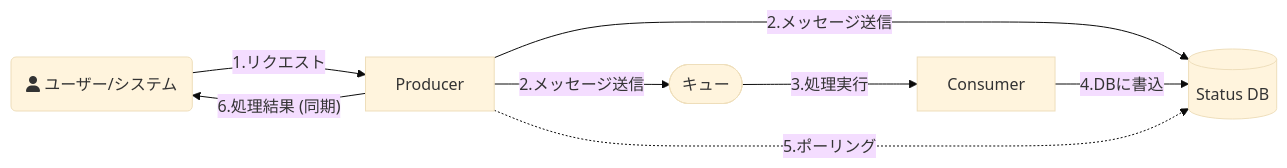
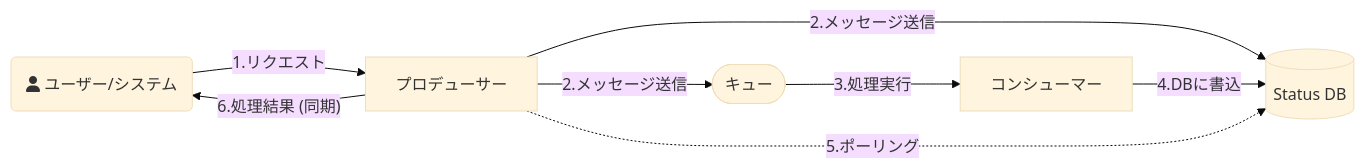
Before and after one commit to future-architect/arch-guidelines: the tenth of 13 diagrams in documents/forAsync/async_guidelines.md, drawn with Mermaid (base theme). The commit also changed other lines of this file and 1 other file, not shown here.

````diff
--- a/documents/forAsync/async_guidelines.md
+++ b/documents/forAsync/async_guidelines.md
@@ -580,9 +672,9 @@
 ```mermaid
 graph LR
-    User2(fa:fa-user ユーザー/システム) -- "1.リクエスト" --> API2[Producer]
+    User2(fa:fa-user ユーザー/システム) -- "1.リクエスト" --> API2[プロデューサー]
     API2 -- "2.メッセージ送信" --> Q([キュー]) & DB[(Status DB)]
-    Q -- "3.処理実行" --> C[Consumer]
+    Q -- "3.処理実行" --> C[コンシューマー]
     C -- "4.DBに書込" --> DB
     API2 -. "5.ポーリング" .-> DB
     API2 -- "6.処理結果 (同期)" --> User2
 ```
````
